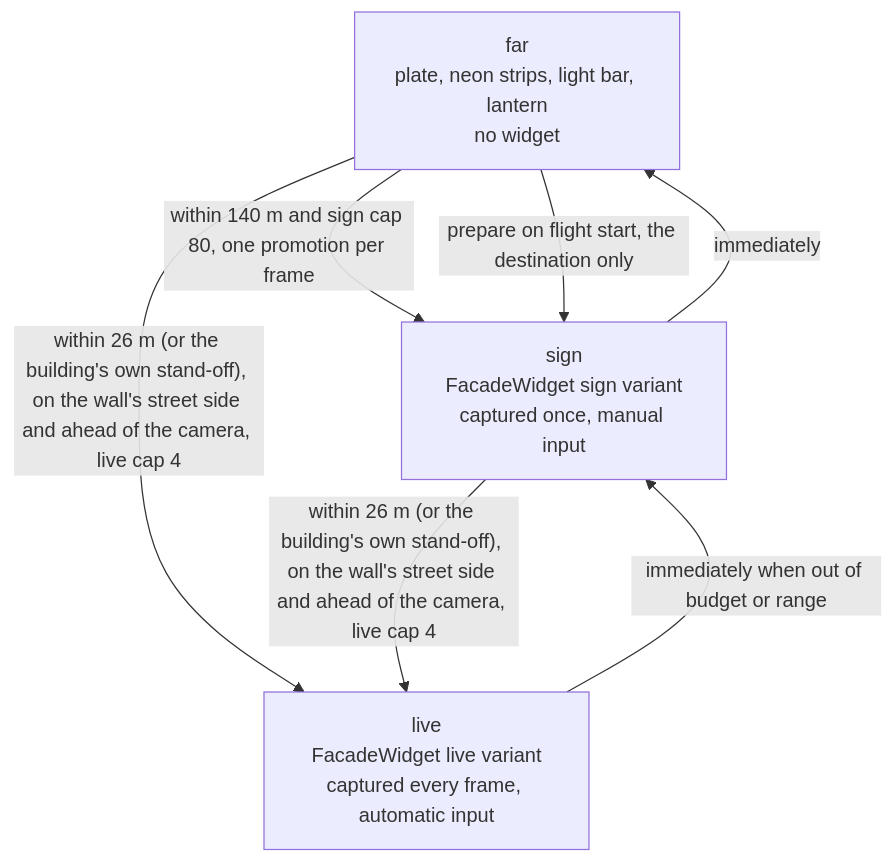
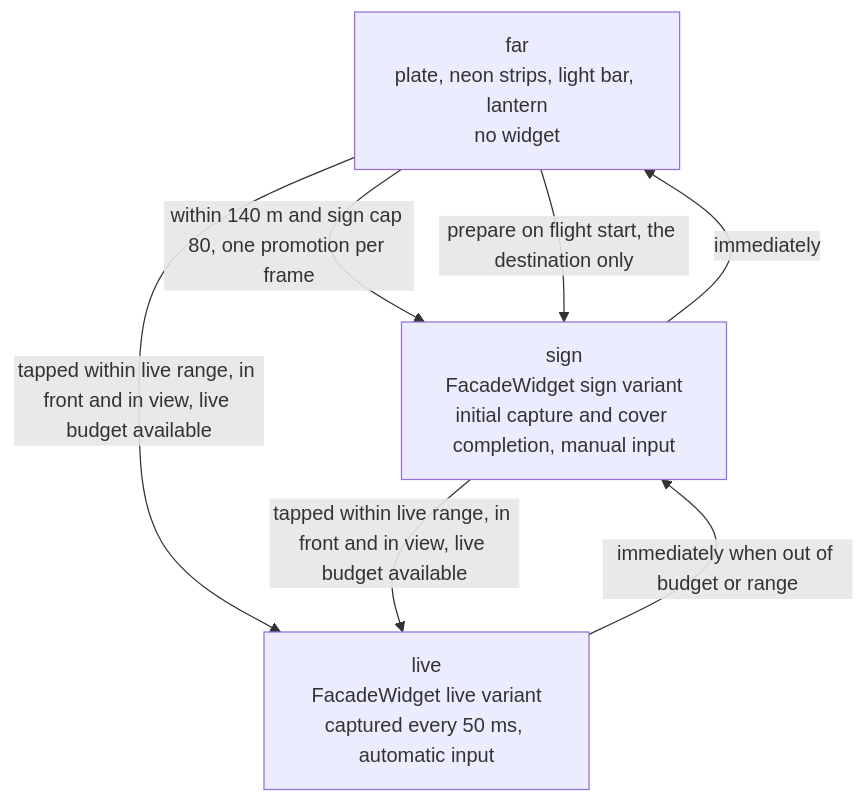
The fourth of 4 diagrams in knowledge/features/plaza.md (matthiasn/lotti), drawn with Mermaid before and after one commit. The commit also changed other lines of this file and 31 other files, not shown here.

````diff
--- a/knowledge/features/plaza.md
+++ b/knowledge/features/plaza.md
@@ -604,9 +615,9 @@
 ```mermaid
 flowchart TD
-  Far["far<br/>plate, neon strips, light bar, lantern<br/>no widget"] -->|"within 140 m and sign cap 80, one promotion per frame"| Sign["sign<br/>FacadeWidget sign variant<br/>captured once, manual input"]
-  Far -->|"within 26 m (or the building's own stand-off), on the wall's street side and ahead of the camera, live cap 4"| Live["live<br/>FacadeWidget live variant<br/>captured every frame, automatic input"]
-  Sign -->|"within 26 m (or the building's own stand-off), on the wall's street side and ahead of the camera, live cap 4"| Live
+  Far["far<br/>plate, neon strips, light bar, lantern<br/>no widget"] -->|"within 140 m and sign cap 80, one promotion per frame"| Sign["sign<br/>FacadeWidget sign variant<br/>initial capture and cover completion, manual input"]
+  Far -->|"tapped within live range, in front and in view, live budget available"| Live["live<br/>FacadeWidget live variant<br/>captured every 50 ms, automatic input"]
+  Sign -->|"tapped within live range, in front and in view, live budget available"| Live
   Live -->|"immediately when out of budget or range"| Sign
   Sign -->|"immediately"| Far
   Far -->|"prepare on flight start, the destination only"| Sign
 ```
````
